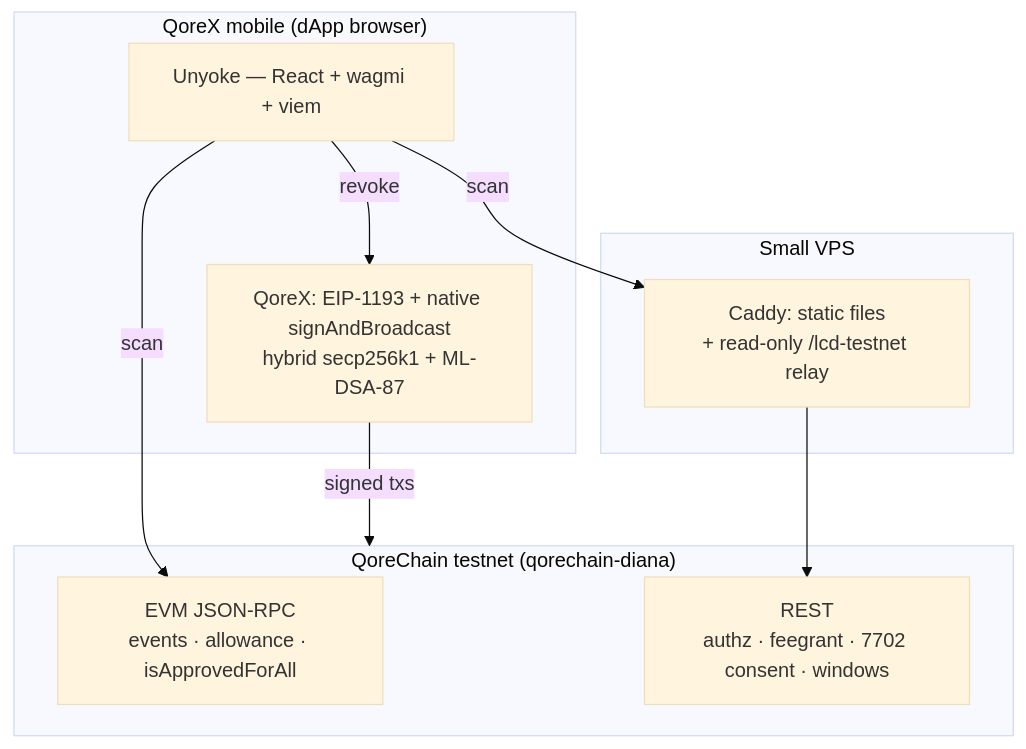
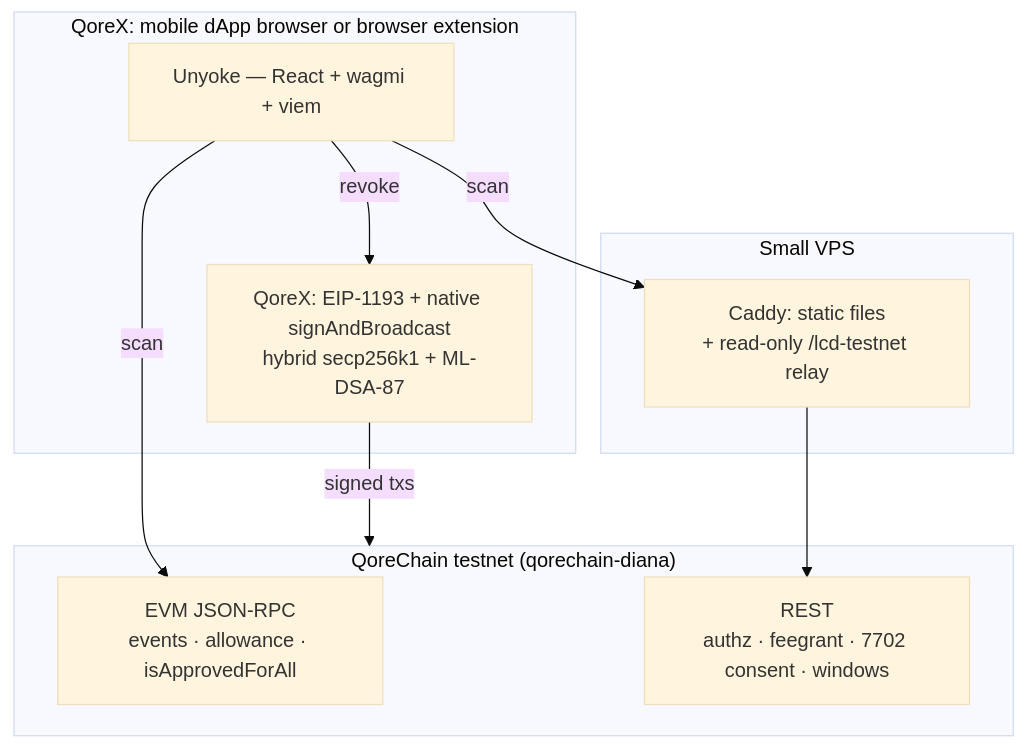
The third of 3 diagrams in README.md (phoenix-2203/unyoke), drawn with Mermaid (base theme) before and after one commit. The commit also changed other lines of this file, not shown here.

First line of the commit message:
docs: desktop extension support and revoke history in the README

````diff
--- a/README.md
+++ b/README.md
@@ -181,17 +186,17 @@
 ```mermaid
 flowchart TB
-    subgraph Phone["QoreX mobile (dApp browser)"]
+    subgraph Phone["QoreX: mobile dApp browser or browser extension"]
         UI["Unyoke — React + wagmi + viem"]
         W["QoreX: EIP-1193 + native signAndBroadcast<br/>hybrid secp256k1 + ML-DSA-87"]
     end
     subgraph VPS["Small VPS"]
         Caddy["Caddy: static files<br/>+ read-only /lcd-testnet relay"]
     end
     subgraph Chain["QoreChain testnet (qorechain-diana)"]
         EVM["EVM JSON-RPC<br/>events · allowance · isApprovedForAll"]
         REST["REST<br/>authz · feegrant · 7702 consent · windows"]
     end
     UI -->|scan| EVM
     UI -->|scan| Caddy --> REST
     UI -->|revoke| W -->|signed txs| Chain
 ```
````
